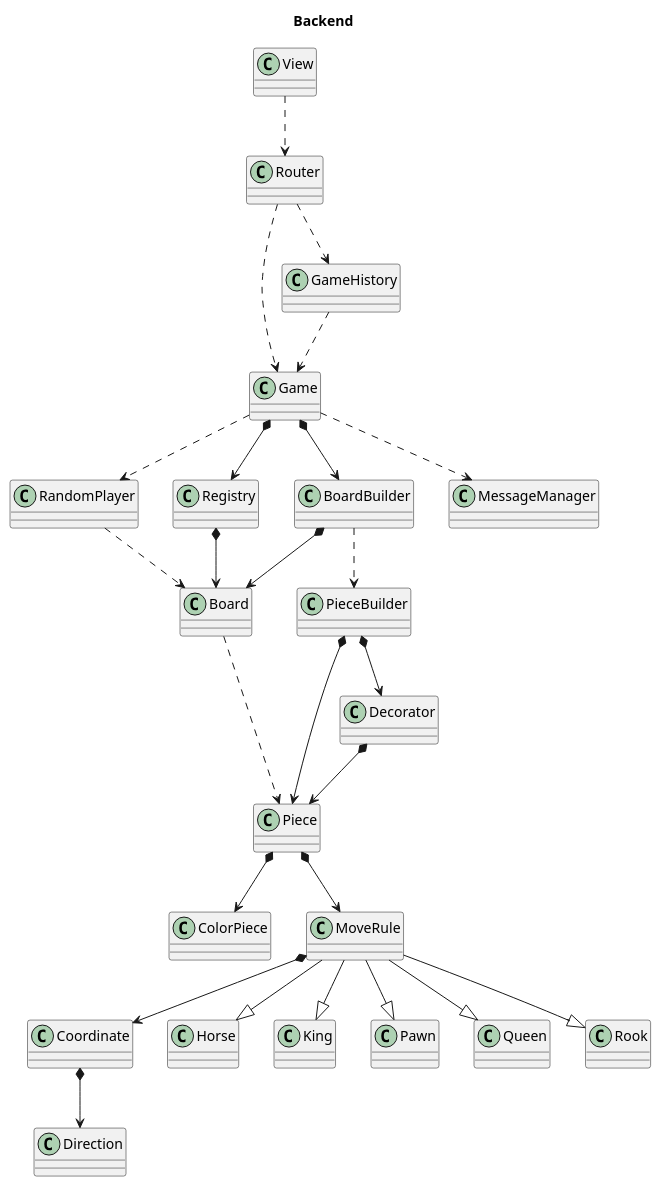
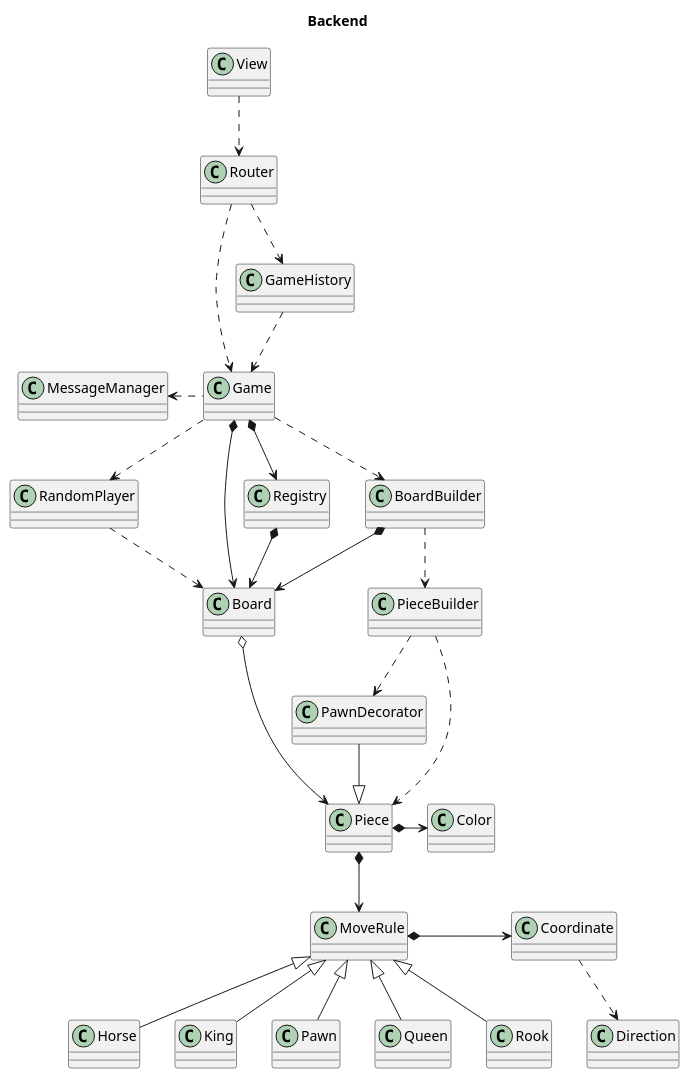
Before and after one commit to MasterCloudApps-Projects/chess: the diagram in .readme/chess-backend.plantuml, drawn with PlantUML.

Commit message:
docs: minor layout and arrow fixes on backend UML

```diff
--- a/.readme/chess-backend.plantuml
+++ b/.readme/chess-backend.plantuml
@@ -2,40 +2,39 @@
 @startuml Chess
 title Backend
 top to bottom direction
 
 View .down.> Router
 Router .down.> Game
 Router .down.> GameHistory
 GameHistory .down.> Game
 
-Game *-down-> BoardBuilder
+Game .down.> BoardBuilder
+Game *-down-> Board
+MessageManager <. Game
+Game .> RandomPlayer
 
-Game .down.> RandomPlayer
-
-Board .down.> Piece
+Board o--> Piece
 
 BoardBuilder .down.> PieceBuilder
 BoardBuilder *-down-> Board
-PieceBuilder *-down-> Piece
-PieceBuilder *-down-> Decorator
-Decorator *-down-> Piece
+PieceBuilder .down.> Piece
+PieceBuilder -down.> PawnDecorator
+PawnDecorator -down-|> Piece
 
-Piece *-down-> ColorPiece
+Piece *-> Color
 Piece *-down-> MoveRule
-MoveRule *-down-> Coordinate
-Coordinate *-down-> Direction
+MoveRule *-> Coordinate
+Coordinate .down.> Direction
 
-MoveRule --|> Horse
-MoveRule --|> King
-MoveRule --|> Pawn
-MoveRule --|> Queen
-MoveRule --|> Rook
+MoveRule <|-- Horse
+MoveRule <|-- King
+MoveRule <|-- Pawn
+MoveRule <|-- Queen
+MoveRule <|-- Rook
 
 RandomPlayer .down.> Board
 
 Game *-down-> Registry
 Registry *-down-> Board
 
-Game .down.>  MessageManager
-
 @enduml
```
